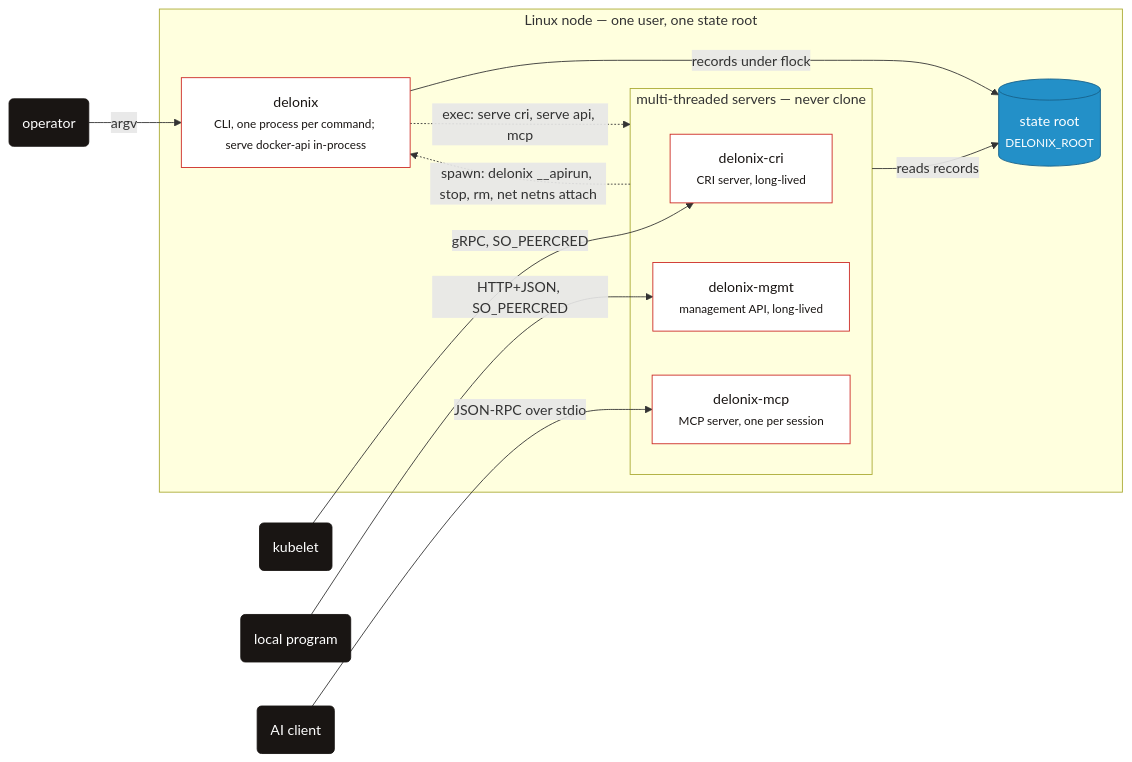
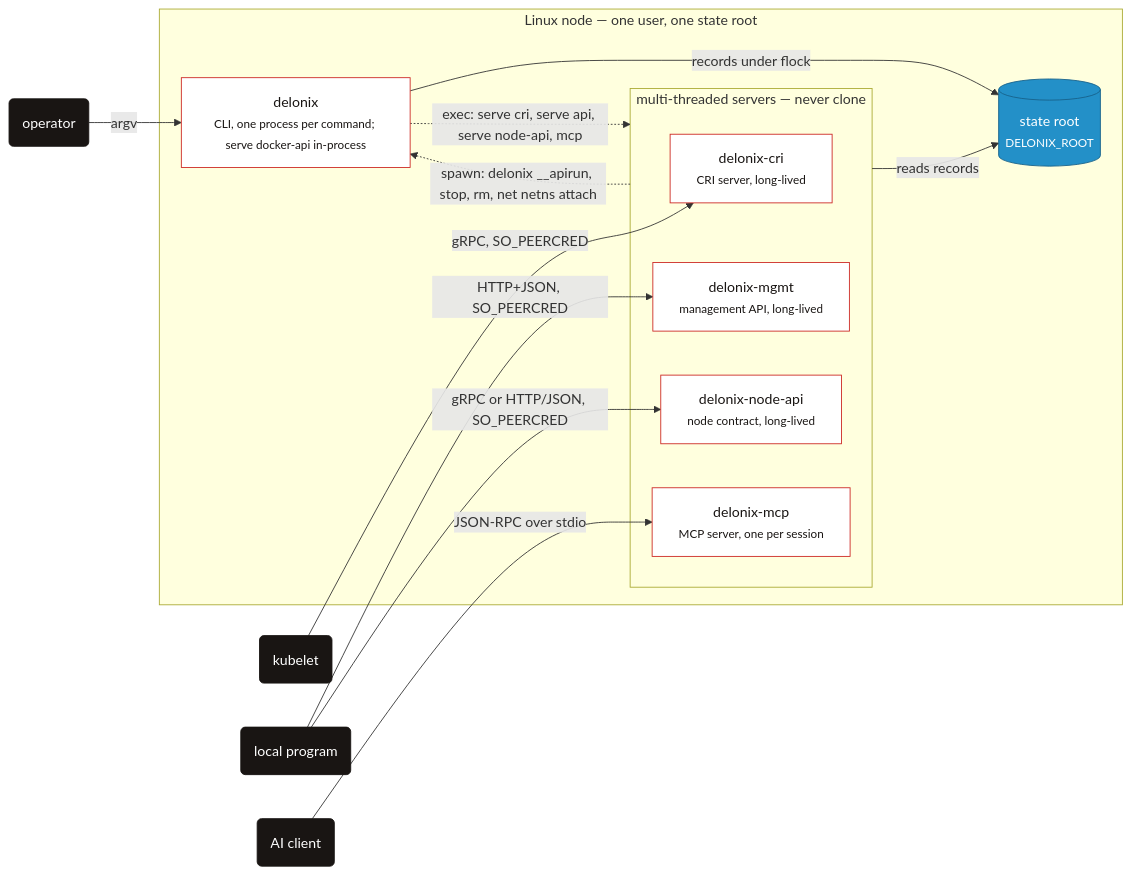
Before and after one commit to angolardevops/delonix-runtime: the second of 11 diagrams in docs/dev/architecture.md, drawn with Mermaid. The commit also changed other lines of this file and 176 other files, not shown here.

````diff
--- a/docs/dev/architecture.md
+++ b/docs/dev/architecture.md
@@ -175,32 +184,34 @@
 ```mermaid
 flowchart LR
   OP("operator")
   KL("kubelet")
   LC("local program")
   AI("AI client")
   subgraph NODE["Linux node — one user, one state root"]
     CLI["delonix<br/><small>CLI, one process per command; serve docker-api in-process</small>"]
     subgraph SRV["multi-threaded servers — never clone"]
       CRI["delonix-cri<br/><small>CRI server, long-lived</small>"]
       MGMT["delonix-mgmt<br/><small>management API, long-lived</small>"]
       MCP["delonix-mcp<br/><small>MCP server, one per session</small>"]
+      NAPI["delonix-node-api<br/><small>node contract, long-lived</small>"]
     end
     ST[("state root<br/><small>DELONIX_ROOT</small>")]
   end
   OP -->|"argv"| CLI
   KL -->|"gRPC, SO_PEERCRED"| CRI
   LC -->|"HTTP+JSON, SO_PEERCRED"| MGMT
   AI -->|"JSON-RPC over stdio"| MCP
-  CLI -.->|"exec: serve cri, serve api, mcp"| SRV
+  LC -->|"gRPC or HTTP/JSON, SO_PEERCRED"| NAPI
+  CLI -.->|"exec: serve cri, serve api, serve node-api, mcp"| SRV
   SRV -.->|"spawn: delonix __apirun, stop, rm, net netns attach"| CLI
   CLI -->|"records under flock"| ST
   SRV -->|"reads records"| ST
   class OP,KL,LC,AI person
-  class CLI,CRI,MGMT,MCP block
+  class CLI,CRI,MGMT,MCP,NAPI block
   class ST store
 classDef person fill:#191513,stroke:#191513,color:#ffffff
 classDef engine fill:#cc2823,stroke:#8f1b17,color:#ffffff
 classDef block fill:#ffffff,stroke:#cc2823,color:#191513
 classDef external fill:#e1ddda,stroke:#8a817c,color:#191513
 classDef store fill:#2390c8,stroke:#17618a,color:#ffffff
 ```
````
